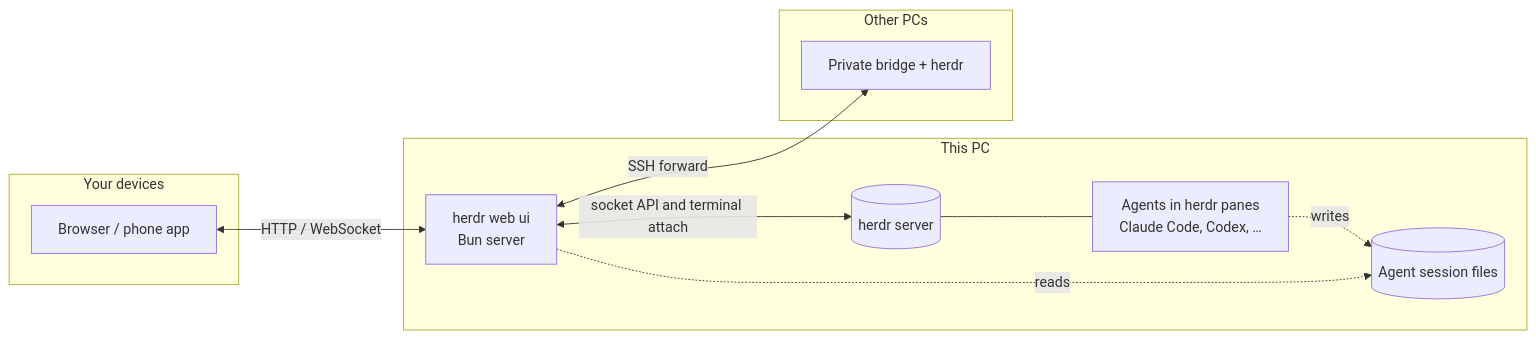
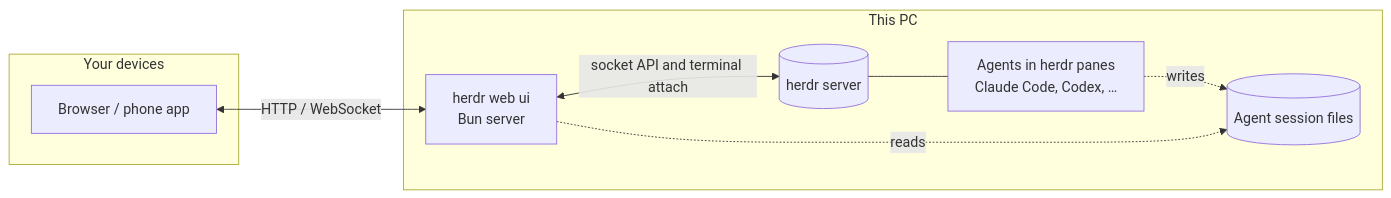
The diagram in docs/guide.md (devswha/herdr-web-ui), drawn with Mermaid before and after one commit. The commit also changed other lines of this file and 291 other files, not shown here.

````diff
--- a/docs/guide.md
+++ b/docs/guide.md
@@ -592,21 +407,17 @@
 ```mermaid
 flowchart LR
   subgraph devices [Your devices]
     B[Browser / phone app]
   end
   subgraph pc [This PC]
     S[herdr web ui<br/>Bun server]
     H[(herdr server)]
     A[Agents in herdr panes<br/>Claude Code, Codex, …]
     T[(Agent session files)]
   end
-  subgraph remote [Other PCs]
-    R[Private bridge + herdr]
-  end
   B <-- HTTP / WebSocket --> S
   S <-- socket API and terminal attach --> H
   H --- A
   A -. writes .-> T
   S -. reads .-> T
-  S <-- SSH forward --> R
 ```
````
